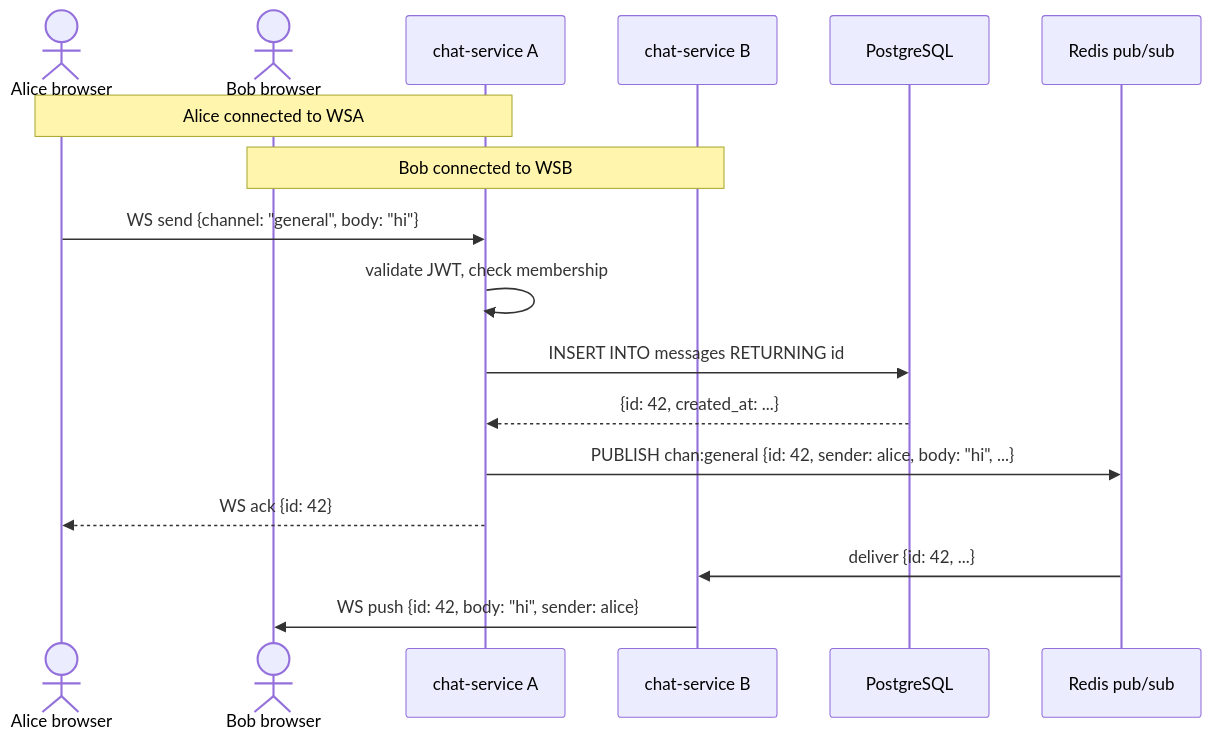
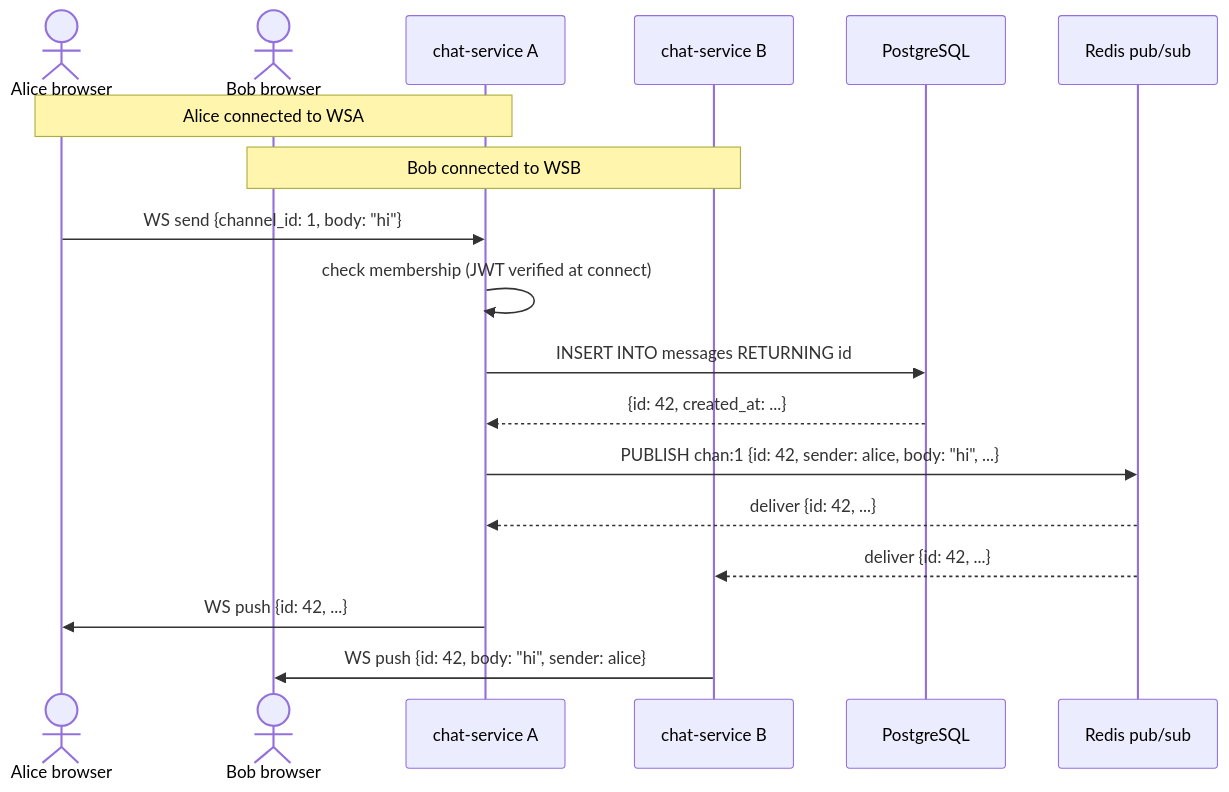
The third of 7 diagrams in docs/ARCHITECTURE.md (prodmatze/distributed_systems_sose_2026), drawn with Mermaid before and after one commit. The commit also changed other lines of this file and 6 other files, not shown here.

````diff
--- a/docs/ARCHITECTURE.md
+++ b/docs/ARCHITECTURE.md
@@ -203,21 +203,22 @@
 ```mermaid
 sequenceDiagram
     actor A as Alice browser
     actor B as Bob browser
     participant WSA as chat-service A
     participant WSB as chat-service B
     participant PG as PostgreSQL
     participant RD as Redis pub/sub
 
     Note over A,WSA: Alice connected to WSA
     Note over B,WSB: Bob connected to WSB
 
-    A->>WSA: WS send {channel: "general", body: "hi"}
-    WSA->>WSA: validate JWT, check membership
+    A->>WSA: WS send {channel_id: 1, body: "hi"}
+    WSA->>WSA: check membership (JWT verified at connect)
     WSA->>PG: INSERT INTO messages RETURNING id
     PG-->>WSA: {id: 42, created_at: ...}
-    WSA->>RD: PUBLISH chan:general {id: 42, sender: alice, body: "hi", ...}
-    WSA-->>A: WS ack {id: 42}
-    RD->>WSB: deliver {id: 42, ...}
+    WSA->>RD: PUBLISH chan:1 {id: 42, sender: alice, body: "hi", ...}
+    RD-->>WSA: deliver {id: 42, ...}
+    RD-->>WSB: deliver {id: 42, ...}
+    WSA->>A: WS push {id: 42, ...}
     WSB->>B: WS push {id: 42, body: "hi", sender: alice}
 ```
````
